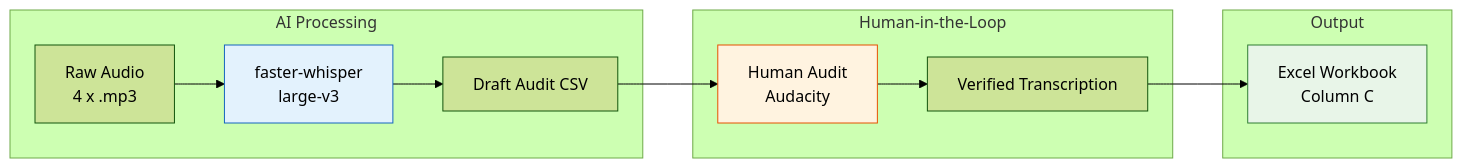
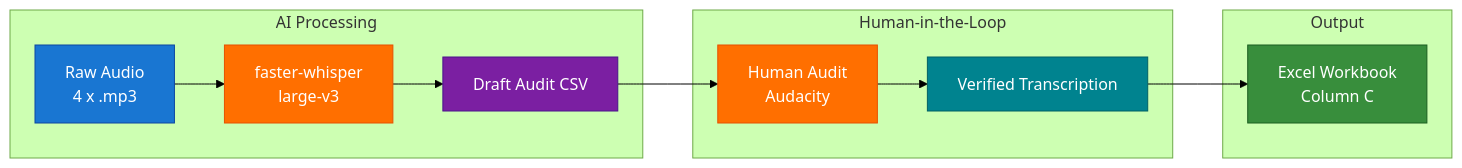
The diagram in README.md (jbanmol/autoEIT-audio-transcription-jbanmol9), drawn with Mermaid (forest theme) before and after one commit. The commit also changed 1 other file, not shown here.

Commit message:
docs: improve Mermaid diagram colors for better visibility

````diff
--- a/README.md
+++ b/README.md
@@ -23,20 +23,23 @@
 ```mermaid
 flowchart LR
     subgraph "AI Processing"
-        A[Raw Audio<br/>4 x .mp3] --> B[faster-whisper<br/>large-v3]
-        B --> C[Draft Audit CSV]
+        A["Raw Audio<br/>4 x .mp3"] --> B["faster-whisper<br/>large-v3"]
+        B --> C["Draft Audit CSV"]
     end
     
     subgraph "Human-in-the-Loop"
-        C --> D[Human Audit<br/>Audacity]
-        D --> E[Verified Transcription]
+        C --> D["Human Audit<br/>Audacity"]
+        D --> E["Verified Transcription"]
     end
     
     subgraph "Output"
-        E --> F[Excel Workbook<br/>Column C]
+        E --> F["Excel Workbook<br/>Column C"]
     end
     
-    style B fill:#e3f2fd,stroke:#1565c0
-    style D fill:#fff3e0,stroke:#e65100
-    style F fill:#e8f5e8,stroke:#2e7d32
+    style A fill:#1976D2,stroke:#0D47A1,color:#fff
+    style B fill:#FF6F00,stroke:#E65100,color:#fff
+    style C fill:#7B1FA2,stroke:#4A148C,color:#fff
+    style D fill:#FF6F00,stroke:#E65100,color:#fff
+    style E fill:#00838F,stroke:#006064,color:#fff
+    style F fill:#388E3C,stroke:#1B5E20,color:#fff
 ```
````
